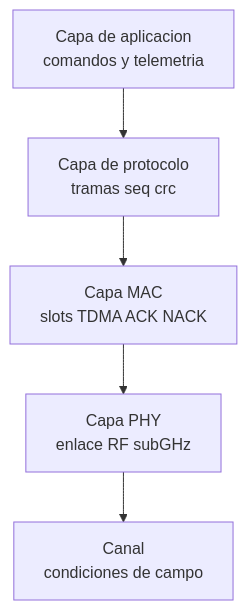
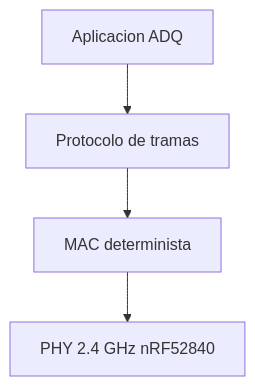
One commit to Alan-B525/ADQ-protocolo changed the first of 5 diagrams in docs/protocol/protocol-educational-diagrams.md. Above: the diagram before and after it, drawn with Mermaid. The commit also changed other lines of this file and 50 other files, not shown here.

````diff
--- a/docs/protocol/protocol-educational-diagrams.md
+++ b/docs/protocol/protocol-educational-diagrams.md
@@ -11,7 +5,6 @@
 ```mermaid
 flowchart TB
-  A[Capa de aplicacion\ncomandos y telemetria] --> B[Capa de protocolo\ntramas seq crc]
-  B --> C[Capa MAC\nslots TDMA ACK NACK]
-  C --> D[Capa PHY\nenlace RF subGHz]
-  D --> E[Canal\ncondiciones de campo]
+  A[Aplicacion ADQ] --> B[Protocolo de tramas]
+  B --> C[MAC determinista]
+  C --> D[PHY 2.4 GHz nRF52840]
 ```
````
